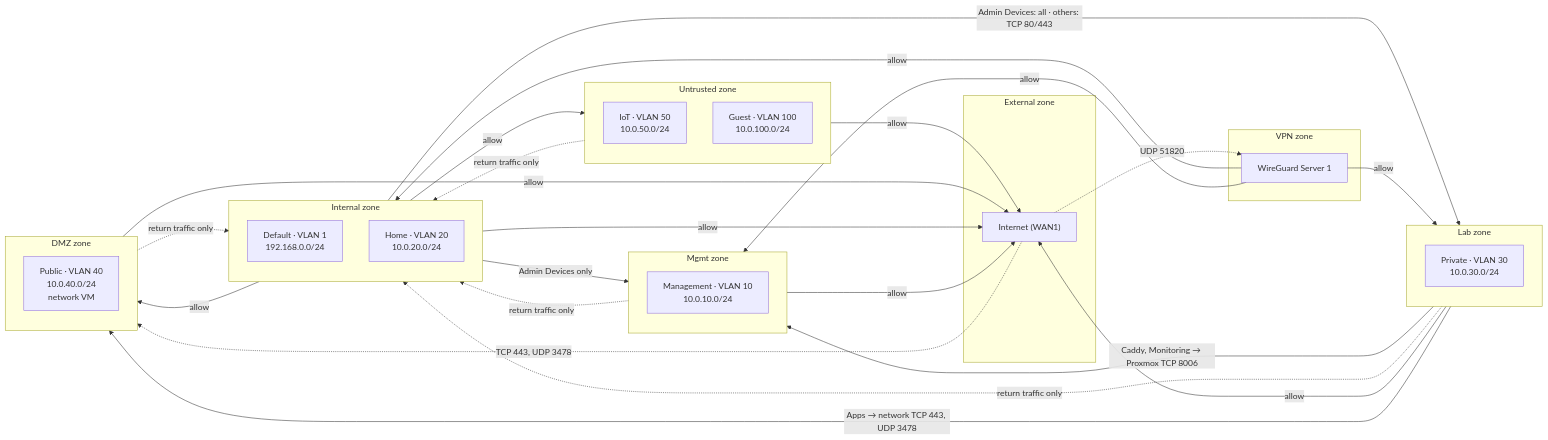
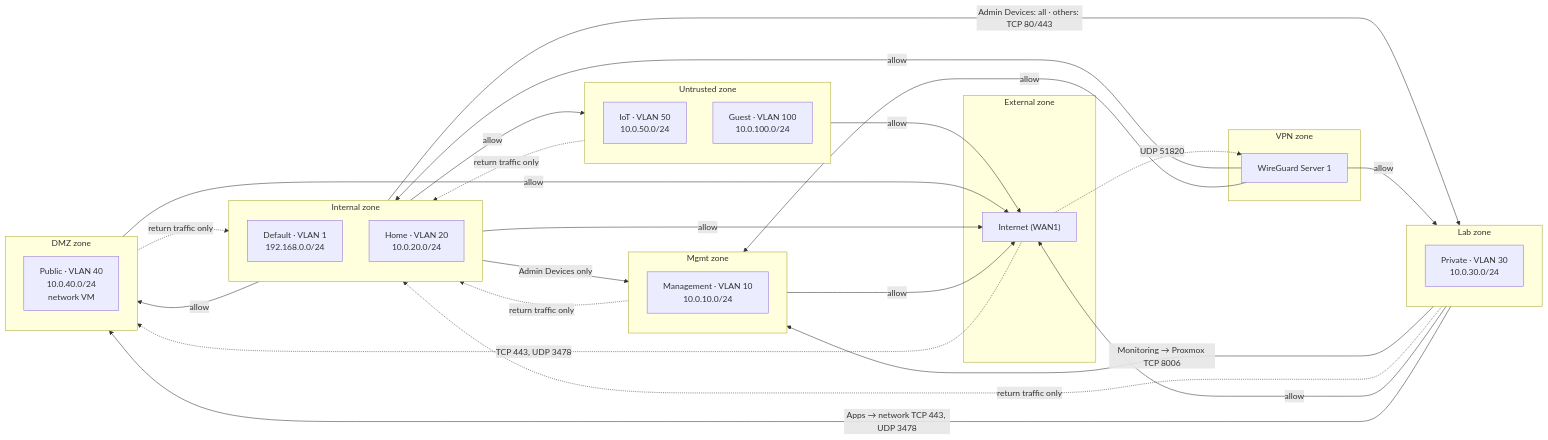
One commit to shaaz-f/home-server changed the second of 2 diagrams in README.md. Above: the diagram before and after it, drawn with Mermaid. The commit also changed 2 other files, not shown here.

Commit message:
Document Caddy to Proxmox rule as disabled

````diff
--- a/README.md
+++ b/README.md
@@ -52,47 +52,47 @@
 ```mermaid
 flowchart LR
     subgraph EXT["External zone"]
         WAN["Internet (WAN1)"]
     end
     subgraph INT["Internal zone"]
         DEF["Default · VLAN 1<br/>192.168.0.0/24"]
         HOME["Home · VLAN 20<br/>10.0.20.0/24"]
     end
     subgraph MGZ["Mgmt zone"]
         MGMT["Management · VLAN 10<br/>10.0.10.0/24"]
     end
     subgraph LABZ["Lab zone"]
         PRIV["Private · VLAN 30<br/>10.0.30.0/24"]
     end
     subgraph UNT["Untrusted zone"]
         IOT["IoT · VLAN 50<br/>10.0.50.0/24"]
         GST["Guest · VLAN 100<br/>10.0.100.0/24"]
     end
     subgraph DMZZ["DMZ zone"]
         PUB["Public · VLAN 40<br/>10.0.40.0/24<br/>network VM"]
     end
     subgraph VPNZ["VPN zone"]
         WG["WireGuard Server 1"]
     end
 
     INT -- "Admin Devices only" --> MGZ
     INT -- "Admin Devices: all · others: TCP 80/443" --> LABZ
-    LABZ -- "Caddy, Monitoring → Proxmox TCP 8006" --> MGZ
+    LABZ -- "Monitoring → Proxmox TCP 8006" --> MGZ
     INT -- "allow" --> UNT
     INT -- "allow" --> DMZZ
     MGZ -. "return traffic only" .-> INT
     LABZ -. "return traffic only" .-> INT
     UNT -. "return traffic only" .-> INT
     DMZZ -. "return traffic only" .-> INT
     UNT -- "allow" --> WAN
     DMZZ -- "allow" --> WAN
     INT -- "allow" --> WAN
     MGZ -- "allow" --> WAN
     LABZ -- "allow" --> WAN
     WG -- "allow" --> INT
     WG -- "allow" --> MGZ
     WG -- "allow" --> LABZ
     LABZ -- "Apps → network TCP 443, UDP 3478" --> DMZZ
     WAN -. "UDP 51820" .-> WG
     WAN -. "TCP 443, UDP 3478" .-> DMZZ
 ```
````
